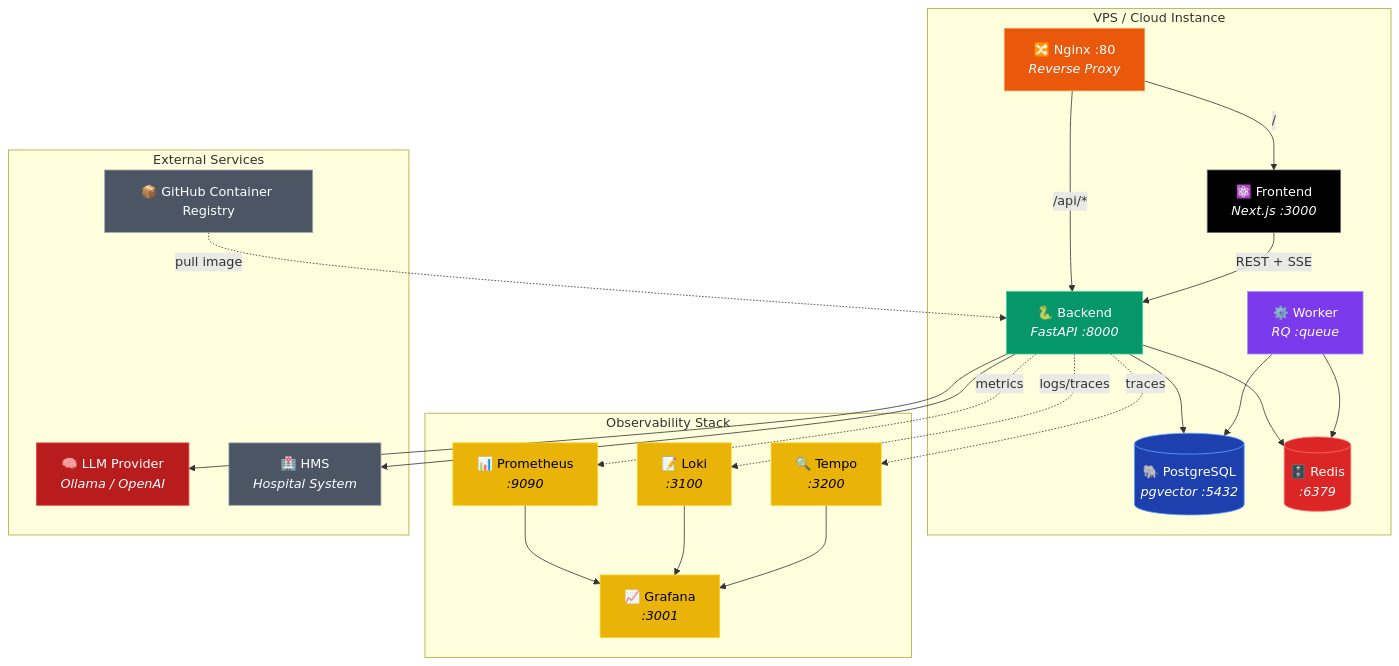
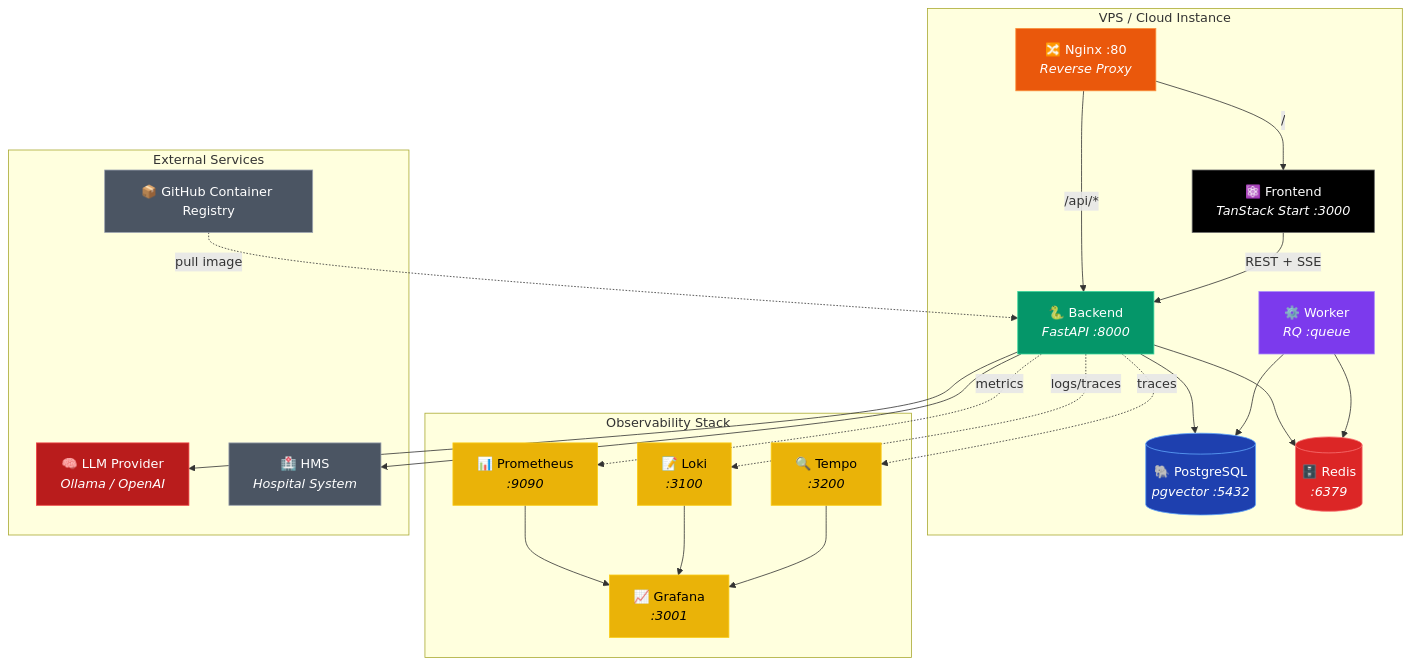
Before and after one commit to qwan30/chat-hospital-system: the fifth of 7 diagrams in README.md, drawn with Mermaid. The commit also changed other lines of this file and 37 other files, not shown here.

First line of the commit message:
docs: update README with screenshots, TanStack Start migration

````diff
--- a/README.md
+++ b/README.md
@@ -270,55 +302,55 @@
 ```mermaid
 graph TB
     subgraph "VPS / Cloud Instance"
         NG[🔀 Nginx :80<br/><i>Reverse Proxy</i>]
-        FE[⚛️ Frontend<br/><i>Next.js :3000</i>]
+        FE[⚛️ Frontend<br/><i>TanStack Start :3000</i>]
         BE[🐍 Backend<br/><i>FastAPI :8000</i>]
         W[⚙️ Worker<br/><i>RQ :queue</i>]
         PG[("🐘 PostgreSQL<br/><i>pgvector :5432</i>")]
         RD[("🗄️ Redis<br/><i>:6379</i>")]
     end
 
     subgraph "Observability Stack"
         GF[📈 Grafana<br/><i>:3001</i>]
         PR[📊 Prometheus<br/><i>:9090</i>]
         LK[📝 Loki<br/><i>:3100</i>]
         TP[🔍 Tempo<br/><i>:3200</i>]
     end
 
     subgraph "External Services"
         GHCR[📦 GitHub Container Registry]
         LLM[🧠 LLM Provider<br/><i>Ollama / OpenAI</i>]
         HMS[🏥 HMS<br/><i>Hospital System</i>]
     end
 
     NG -->|"/"| FE
     NG -->|"/api/*"| BE
     FE -->|"REST + SSE"| BE
     BE --> PG
     BE --> RD
     W --> PG
     W --> RD
     BE --> LLM
     BE --> HMS
     BE -.->|"metrics"| PR
     BE -.->|"logs/traces"| LK
     BE -.->|"traces"| TP
     PR --> GF
     LK --> GF
     TP --> GF
     GHCR -.->|"pull image"| BE
 
     style NG fill:#ea580c,stroke:#fb923c,color:#fff
     style FE fill:#000,stroke:#666,color:#fff
     style BE fill:#059669,stroke:#34d399,color:#fff
     style W fill:#7c3aed,stroke:#a78bfa,color:#fff
     style PG fill:#1e40af,stroke:#60a5fa,color:#fff
     style RD fill:#dc2626,stroke:#f87171,color:#fff
     style GF fill:#eab308,stroke:#facc15,color:#000
     style PR fill:#eab308,stroke:#facc15,color:#000
     style LK fill:#eab308,stroke:#facc15,color:#000
     style TP fill:#eab308,stroke:#facc15,color:#000
     style GHCR fill:#4b5563,stroke:#9ca3af,color:#fff
     style LLM fill:#b91c1c,stroke:#ef4444,color:#fff
     style HMS fill:#4b5563,stroke:#9ca3af,color:#fff
 ```
````
